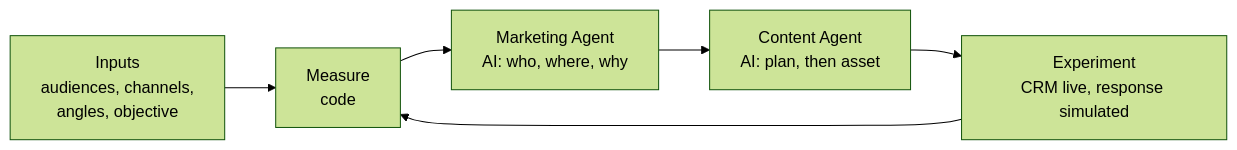
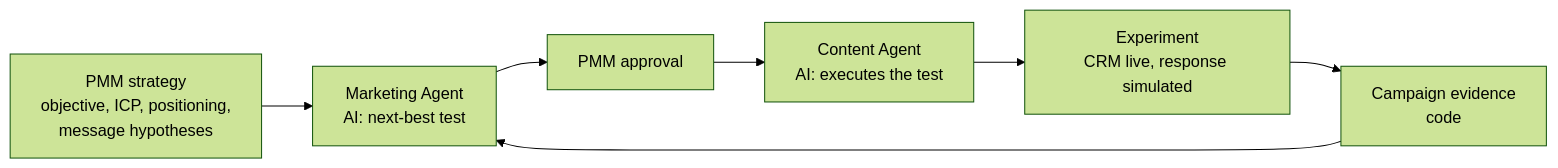
The diagram in README.md (shivagoel5/signalloop), drawn with Mermaid (forest theme) before and after one commit. The commit also changed other lines of this file and 27 other files, not shown here.

First line of the commit message:
Rebuild SignalLoop around PMM strategy, objective signals and a learning loop

````diff
--- a/README.md
+++ b/README.md
@@ -26,8 +26,9 @@
 ```mermaid
 flowchart LR
-    A[Inputs<br/>audiences, channels,<br/>angles, objective] --> B[Measure<br/>code]
-    B --> C[Marketing Agent<br/>AI: who, where, why]
-    C --> D[Content Agent<br/>AI: plan, then asset]
-    D --> E[Experiment<br/>CRM live, response simulated]
-    E --> B
+    S[PMM strategy<br/>objective, ICP, positioning,<br/>message hypotheses] --> M[Marketing Agent<br/>AI: next-best test]
+    E[Campaign evidence<br/>code] --> M
+    M --> A[PMM approval]
+    A --> C[Content Agent<br/>AI: executes the test]
+    C --> X[Experiment<br/>CRM live, response simulated]
+    X --> E
 ```
````
